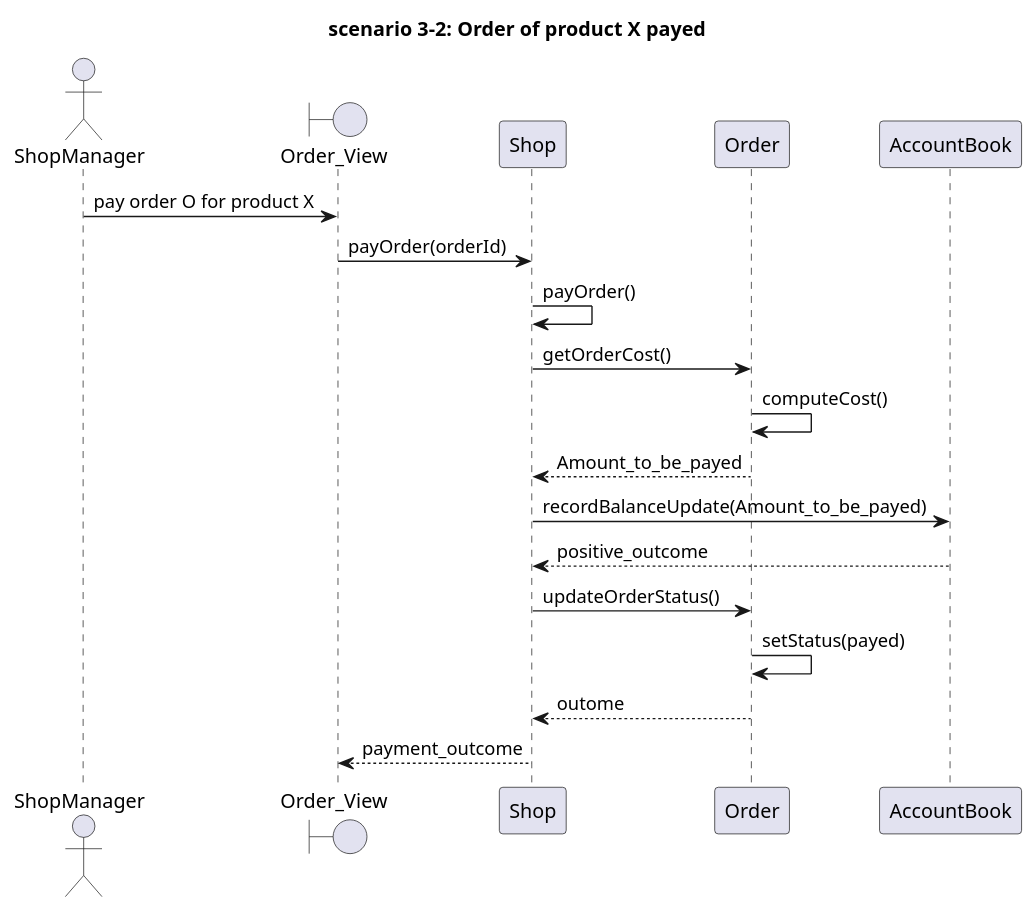
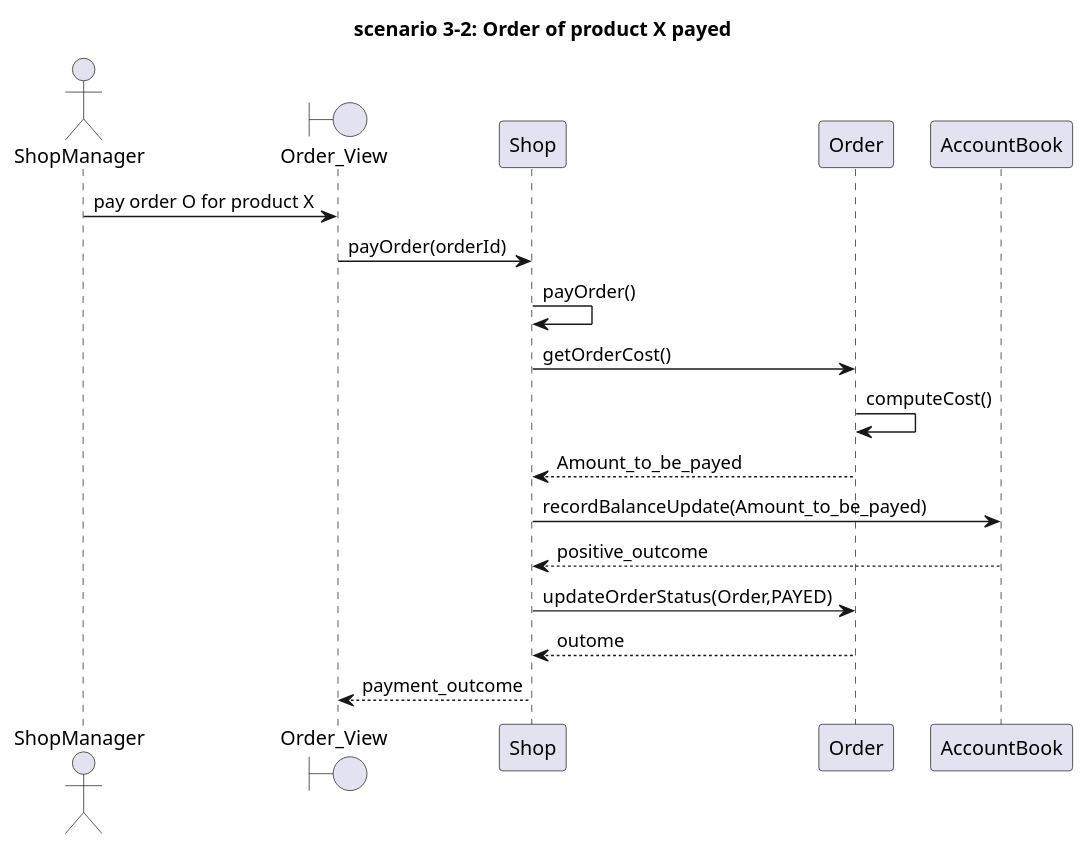
One commit to zitabou/EZShop changed the tenth of 32 diagrams in Deliverables/DesignDocument.md. Above: the diagram before and after it, drawn with PlantUML. The commit also changed other lines of this file, not shown here.

Commit message:
add Scenario 3-3, remove ToDo list

````diff
--- a/Deliverables/DesignDocument.md
+++ b/Deliverables/DesignDocument.md
@@ -416,22 +412,21 @@
 ```plantuml
 
 title
-scenario 3-2: Order of product X payed
+**scenario 3-2**: Order of product X payed
 end title
 
 actor ShopManager
 Boundary Order_View
 ShopManager -> Order_View: pay order O for product X
 Order_View->Shop: payOrder(orderId)
 Shop->Shop: payOrder()
 Shop->Order: getOrderCost()
 Order->Order: computeCost()
 Order-->Shop: Amount_to_be_payed
 Shop->AccountBook: recordBalanceUpdate(Amount_to_be_payed)
 AccountBook-->Shop: positive_outcome
-Shop->Order: updateOrderStatus()
-Order->Order: setStatus(payed) 
+Shop->Order: updateOrderStatus(Order,PAYED) 
 Order --> Shop: outome
 Shop-->Order_View: payment_outcome 
 
 ```
````
